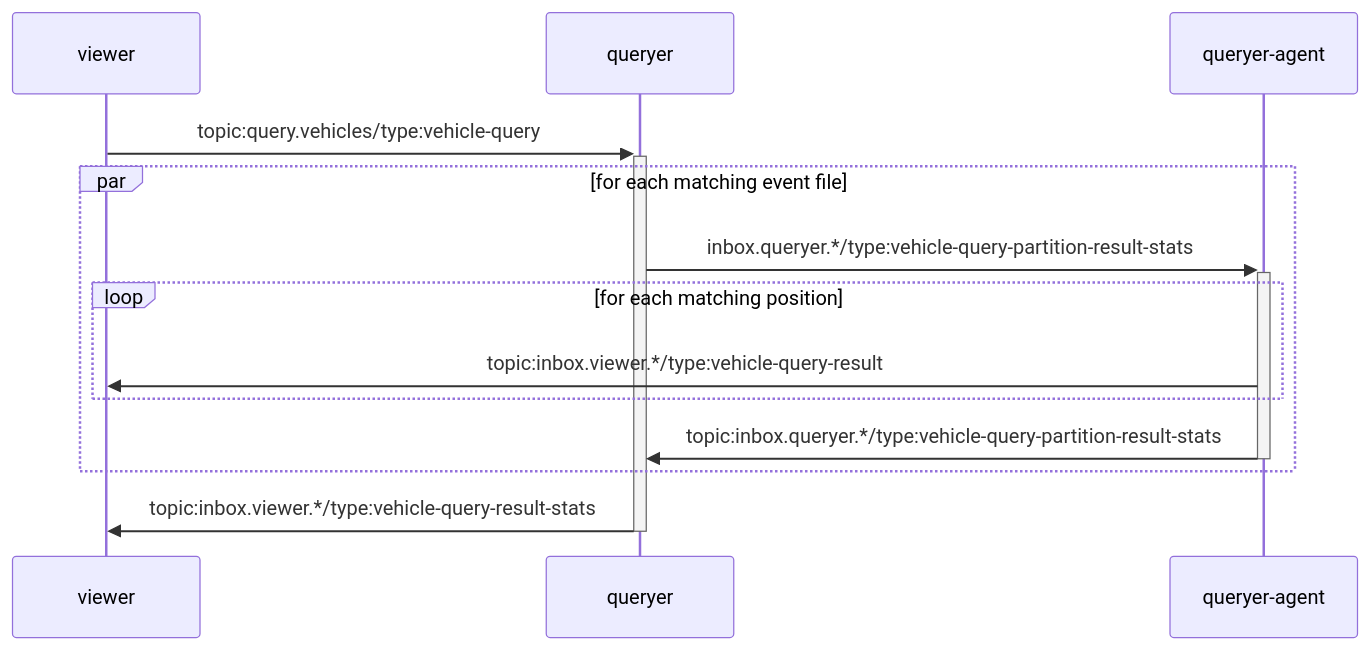
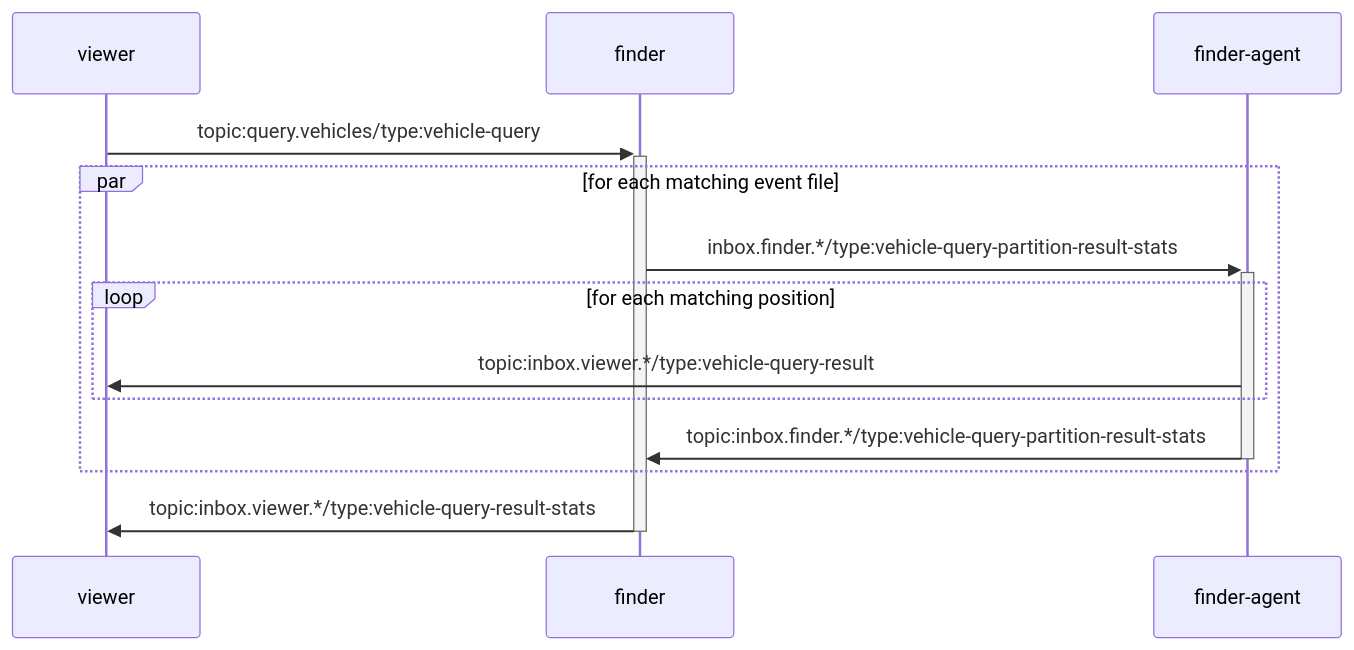
Before and after one commit to livetocode/vehicle-fleet-poc: the third of 3 diagrams in README.md, drawn with Mermaid. The commit also changed other lines of this file and 21 other files, not shown here.

````diff
--- a/README.md
+++ b/README.md
@@ -105,12 +105,12 @@
 ```mermaid
 sequenceDiagram
-    viewer ->>+ queryer: topic:query.vehicles/type:vehicle-query
+    viewer ->>+ finder: topic:query.vehicles/type:vehicle-query
     par for each matching event file
-        queryer ->>+ queryer-agent: inbox.queryer.*/type:vehicle-query-partition-result-stats
+        finder ->>+ finder-agent: inbox.finder.*/type:vehicle-query-partition-result-stats
         loop for each matching position
-            queryer-agent ->> viewer: topic:inbox.viewer.*/type:vehicle-query-result
+            finder-agent ->> viewer: topic:inbox.viewer.*/type:vehicle-query-result
         end
-        queryer-agent ->>- queryer: topic:inbox.queryer.*/type:vehicle-query-partition-result-stats
+        finder-agent ->>- finder: topic:inbox.finder.*/type:vehicle-query-partition-result-stats
     end
-    queryer ->>- viewer: topic:inbox.viewer.*/type:vehicle-query-result-stats
+    finder ->>- viewer: topic:inbox.viewer.*/type:vehicle-query-result-stats
 ```
````
